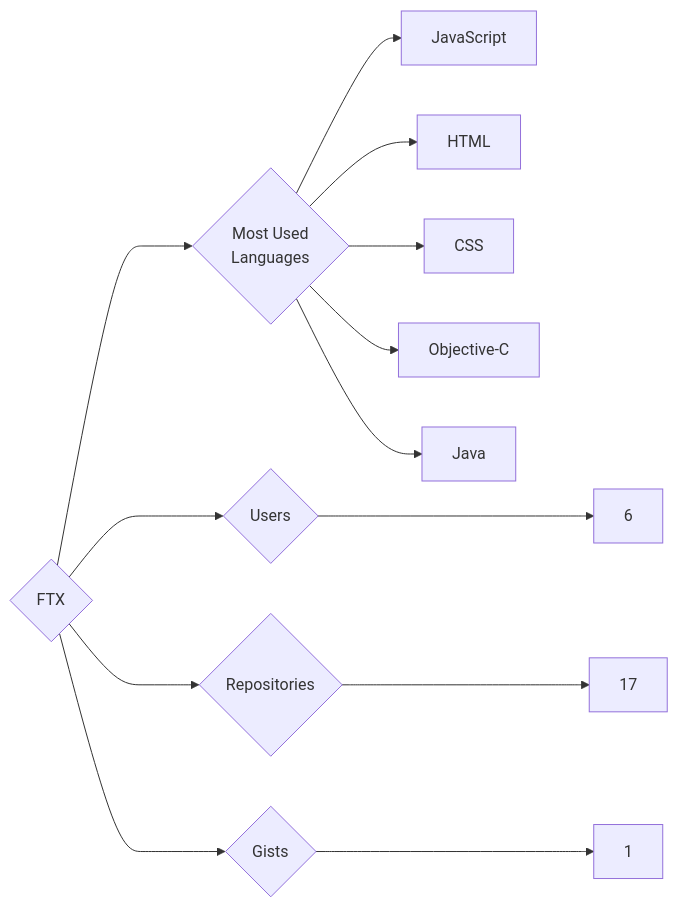
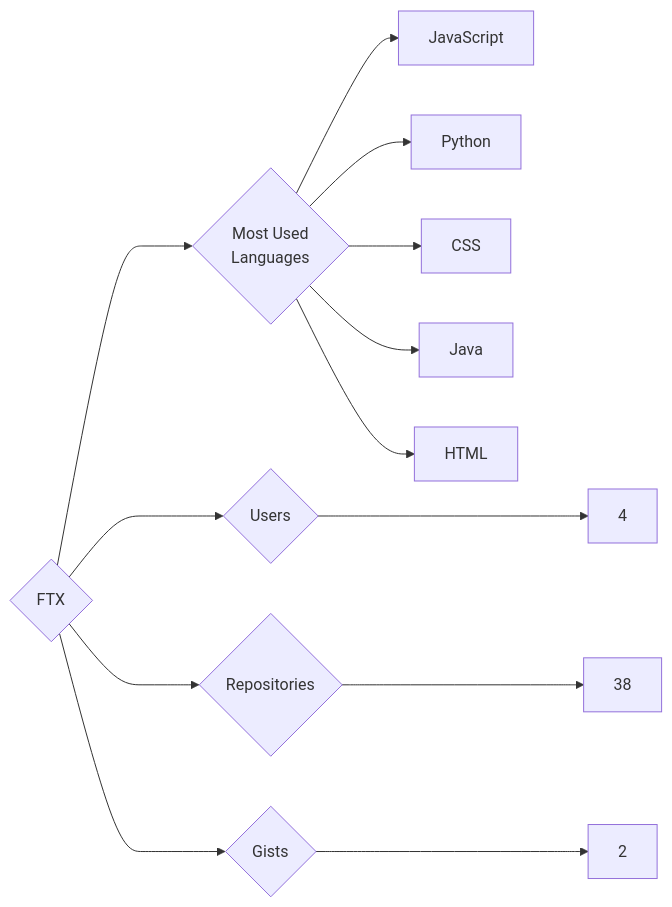
Before and after one commit to trickest/insiders: the diagram in targets/FTX/README.md, drawn with Mermaid. The commit also changed 933 other files, not shown here.

````diff
--- a/targets/FTX/README.md
+++ b/targets/FTX/README.md
@@ -3,13 +3,13 @@
 ```mermaid
 graph LR
 COMPANY_NAME{FTX}
-COMPANY_NAME ---> U{Users} ---> UN[6]
-COMPANY_NAME ---> R{Repositories} ---> RN[17]
-COMPANY_NAME ---> G{Gists} ---> GN[1]
+COMPANY_NAME ---> U{Users} ---> UN[4]
+COMPANY_NAME ---> R{Repositories} ---> RN[38]
+COMPANY_NAME ---> G{Gists} ---> GN[2]
 COMPANY_NAME ---> ML{Most Used<br>Languages}
 ML --> JavaScript[JavaScript]
+ML --> Python[Python]
+ML --> CSS[CSS]
+ML --> Java[Java]
 ML --> HTML[HTML]
-ML --> CSS[CSS]
-ML --> Objective-C[Objective-C]
-ML --> Java[Java]
 ```
````
